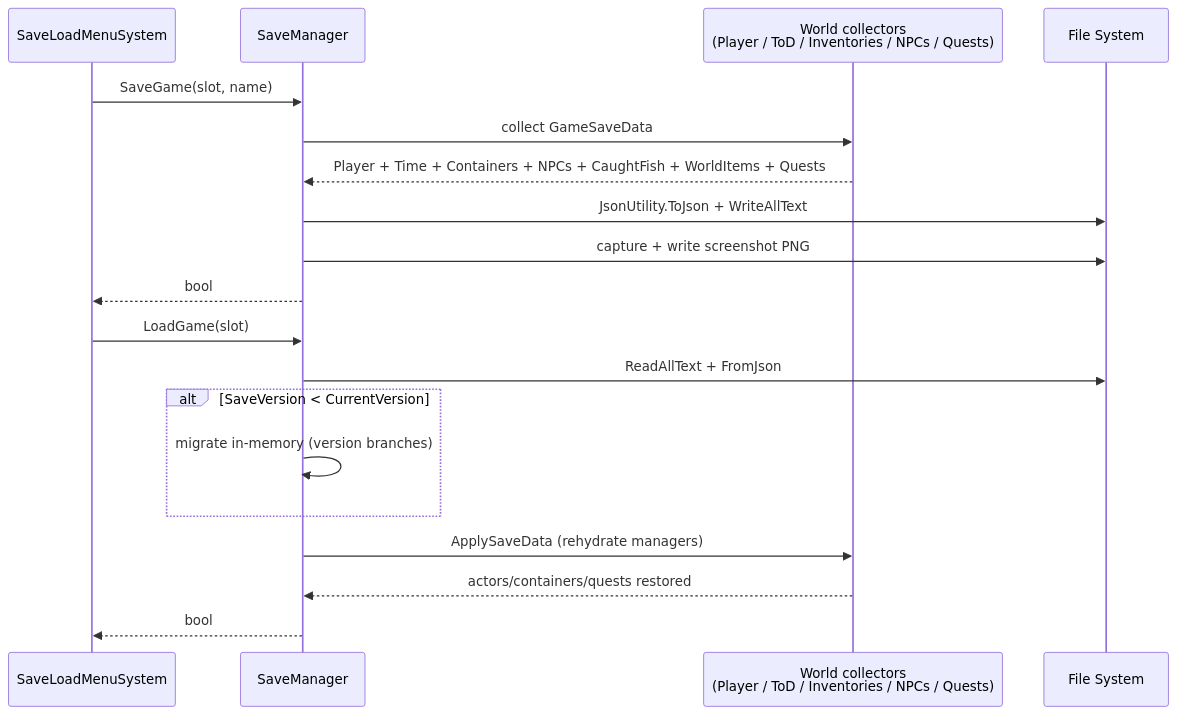
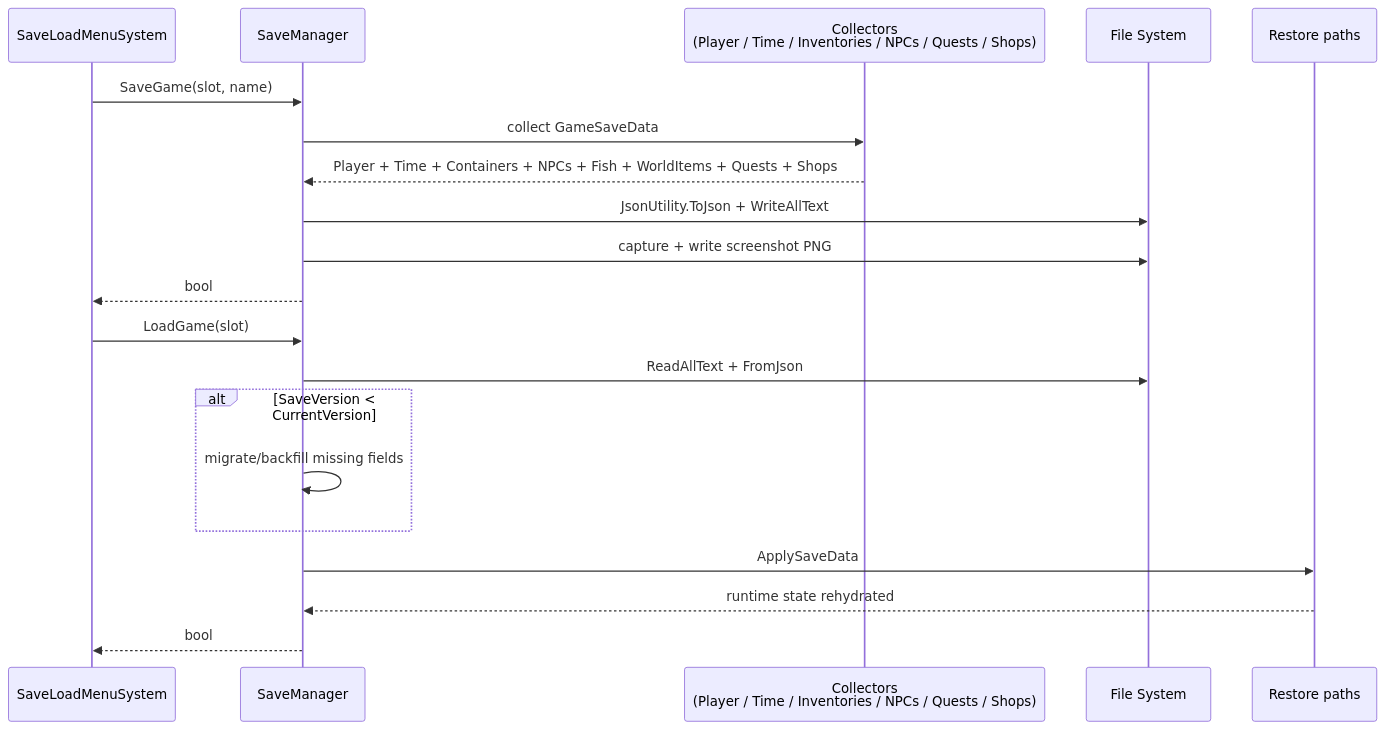
Before and after one commit to SolAuror/FishBox: the diagram in docs/systems/save-system.md, drawn with Mermaid. The commit also changed other lines of this file and 74 other files, not shown here.

````diff
--- a/docs/systems/save-system.md
+++ b/docs/systems/save-system.md
@@ -31,23 +40,24 @@
 ```mermaid
 sequenceDiagram
     participant UI as SaveLoadMenuSystem
     participant SM as SaveManager
-    participant Col as World collectors<br/>(Player / ToD / Inventories / NPCs / Quests)
+    participant Col as Collectors<br/>(Player / Time / Inventories / NPCs / Quests / Shops)
     participant Disk as File System
+    participant Restore as Restore paths
 
     UI->>SM: SaveGame(slot, name)
     SM->>Col: collect GameSaveData
-    Col-->>SM: Player + Time + Containers + NPCs + CaughtFish + WorldItems + Quests
+    Col-->>SM: Player + Time + Containers + NPCs + Fish + WorldItems + Quests + Shops
     SM->>Disk: JsonUtility.ToJson + WriteAllText
     SM->>Disk: capture + write screenshot PNG
     SM-->>UI: bool
 
     UI->>SM: LoadGame(slot)
     SM->>Disk: ReadAllText + FromJson
     alt SaveVersion < CurrentVersion
-        SM->>SM: migrate in-memory (version branches)
+        SM->>SM: migrate/backfill missing fields
     end
-    SM->>Col: ApplySaveData (rehydrate managers)
-    Col-->>SM: actors/containers/quests restored
+    SM->>Restore: ApplySaveData
+    Restore-->>SM: runtime state rehydrated
     SM-->>UI: bool
 ```
````
